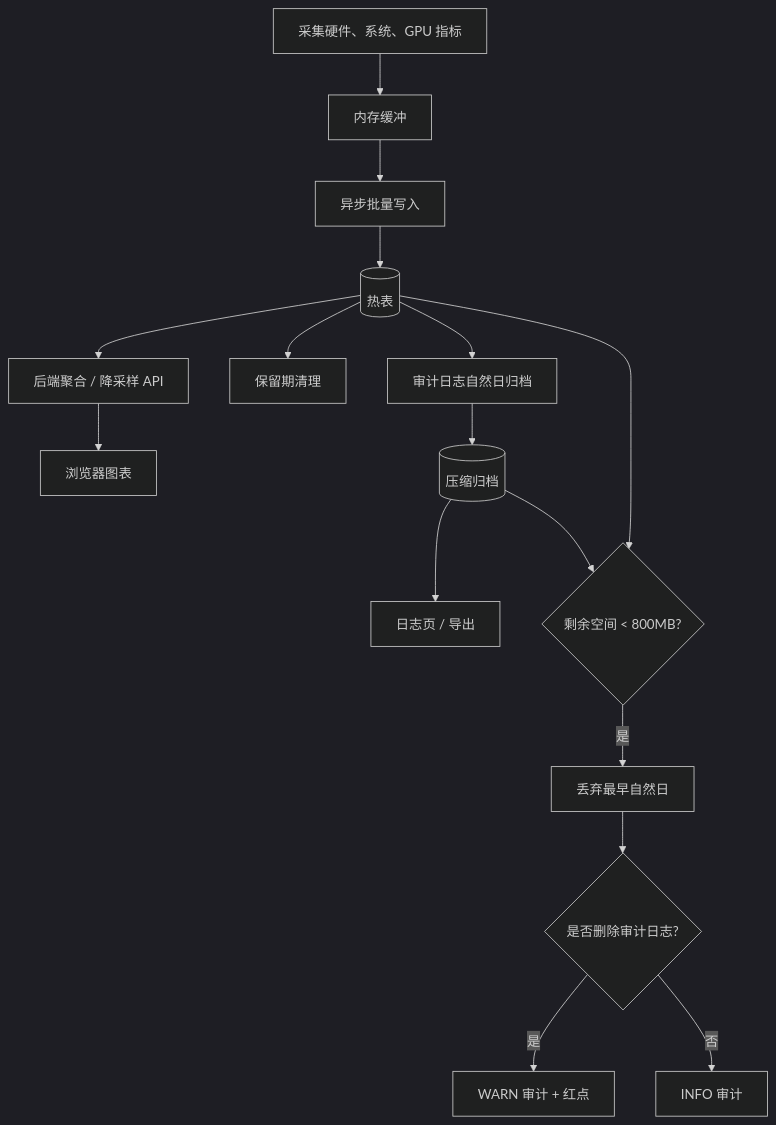
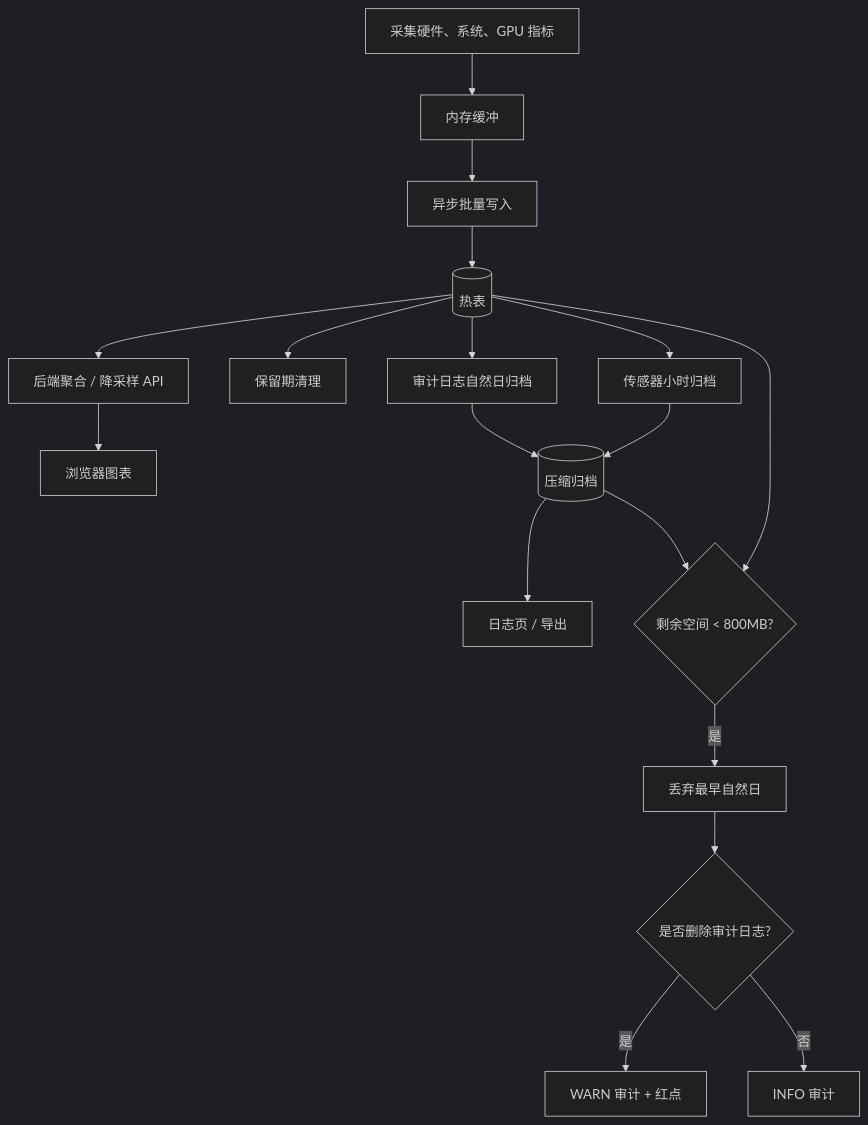
Before and after one commit to stlin256/IPMI_WEB: the second of 4 diagrams in README.md, drawn with Mermaid (dark theme). The commit also changed other lines of this file and 5 other files, not shown here.

````diff
--- a/README.md
+++ b/README.md
@@ -151,20 +158,22 @@
 ```mermaid
 flowchart TD
     Collect["采集硬件、系统、GPU 指标"] --> Buffer["内存缓冲"]
     Buffer --> Writer["异步批量写入"]
     Writer --> Hot[("热表")]
     Hot --> API["后端聚合 / 降采样 API"]
     API --> Charts["浏览器图表"]
 
     Hot --> Retention["保留期清理"]
     Hot --> AuditArchive["审计日志自然日归档"]
+    Hot --> SensorArchive["传感器小时归档"]
     AuditArchive --> Compressed[("压缩归档")]
+    SensorArchive --> Compressed
     Compressed --> Logs["日志页 / 导出"]
 
     Hot --> LowDisk{"剩余空间 < 800MB?"}
     Compressed --> LowDisk
     LowDisk -->|是| Drop["丢弃最早自然日"]
     Drop --> Audit{"是否删除审计日志?"}
     Audit -->|是| Warn["WARN 审计 + 红点"]
     Audit -->|否| Info["INFO 审计"]
 ```
````
